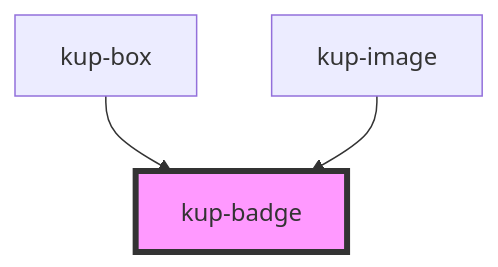
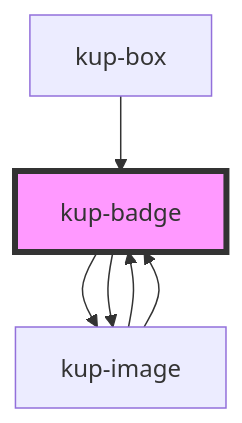
Before and after one commit to smeup/ketchup: the diagram in packages/ketchup/src/components/kup-badge/readme.md, drawn with Mermaid. The commit also changed other lines of this file and 58 other files, not shown here.

Commit message:
Renamed kup-icon to kup-image.

````diff
--- a/packages/ketchup/src/components/kup-badge/readme.md
+++ b/packages/ketchup/src/components/kup-badge/readme.md
@@ -35,6 +31,9 @@
 ```mermaid
 graph TD;
+  kup-badge --> kup-image
+  kup-badge --> kup-image
+  kup-image --> kup-badge
+  kup-image --> kup-badge
   kup-box --> kup-badge
-  kup-image --> kup-badge
   style kup-badge fill:#f9f,stroke:#333,stroke-width:4px
 ```
````
